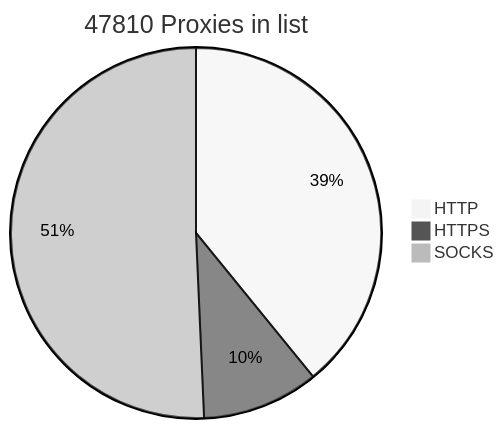
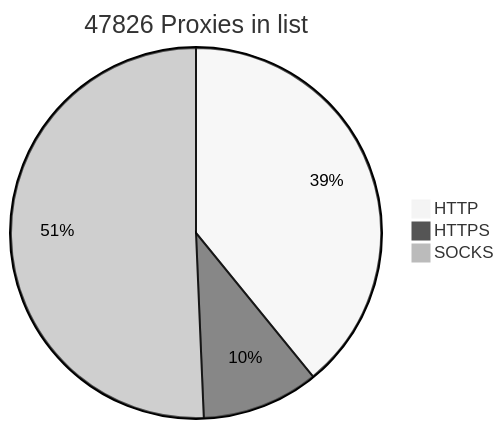
One commit to BlackSnowDot/proxylist-update-every-minute changed the diagram in README.md. Above: the diagram before and after it, drawn with Mermaid (neutral theme).

````diff
--- a/README.md
+++ b/README.md
@@ -2,6 +2,6 @@
 ```mermaid
-pie title 47810 Proxies in list
-    "HTTP" : 20540
-    "HTTPS": 5351
-    "SOCKS" : 26621
+pie title 47826 Proxies in list
+    "HTTP" : 20550
+    "HTTPS": 5364
+    "SOCKS" : 26622
 ```
````
